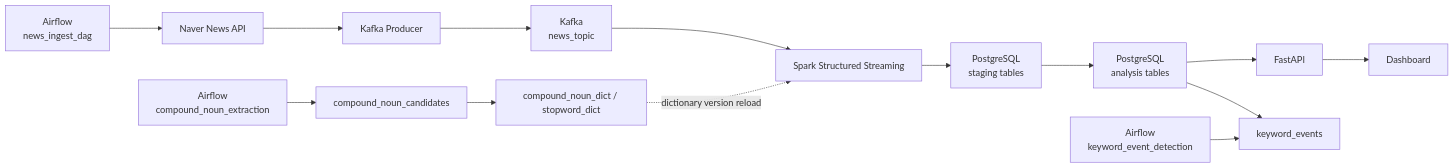
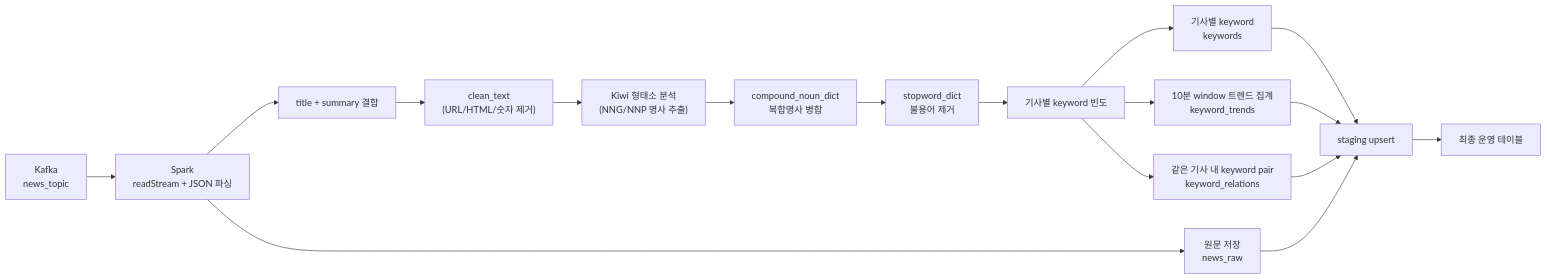
Before and after one commit to yeongmin-yu/news-trend-pipeline-dev: the third of 8 diagrams in README.md, drawn with Mermaid. The commit also changed other lines of this file, not shown here.

First line of the commit message:
docs: rewrite README with full architecture overview

````diff
--- a/README.md
+++ b/README.md
@@ -27,18 +146,20 @@
 ```mermaid
 flowchart LR
-    A["Airflow<br/>news_ingest_dag"] --> B["Naver News API"]
-    B --> C["Kafka Producer"]
-    C --> D["Kafka<br/>news_topic"]
-    D --> E["Spark Structured Streaming"]
-    E --> F["PostgreSQL<br/>staging tables"]
-    F --> G["PostgreSQL<br/>analysis tables"]
-    G --> H["FastAPI"]
-    H --> I["Dashboard"]
+    A["Kafka<br/>news_topic"] --> B["Spark<br/>readStream + JSON 파싱"]
+    B --> C["title + summary 결합"]
+    C --> D["clean_text<br/>(URL/HTML/숫자 제거)"]
+    D --> E["Kiwi 형태소 분석<br/>(NNG/NNP 명사 추출)"]
+    E --> F["compound_noun_dict<br/>복합명사 병합"]
+    F --> G["stopword_dict<br/>불용어 제거"]
+    G --> H["기사별 keyword 빈도"]
+    H --> I["10분 window 트렌드 집계<br/>keyword_trends"]
+    H --> J["같은 기사 내 keyword pair<br/>keyword_relations"]
+    H --> K["기사별 keyword<br/>keywords"]
+    B --> L["원문 저장<br/>news_raw"]
 
-    J["Airflow<br/>compound_noun_extraction"] --> K["compound_noun_candidates"]
-    K --> L["compound_noun_dict / stopword_dict"]
-    L -. dictionary version reload .-> E
-
-    M["Airflow<br/>keyword_event_detection"] --> N["keyword_events"]
-    G --> N
+    K --> M["staging upsert"]
+    I --> M
+    J --> M
+    L --> M
+    M --> N["최종 운영 테이블"]
 ```
````
